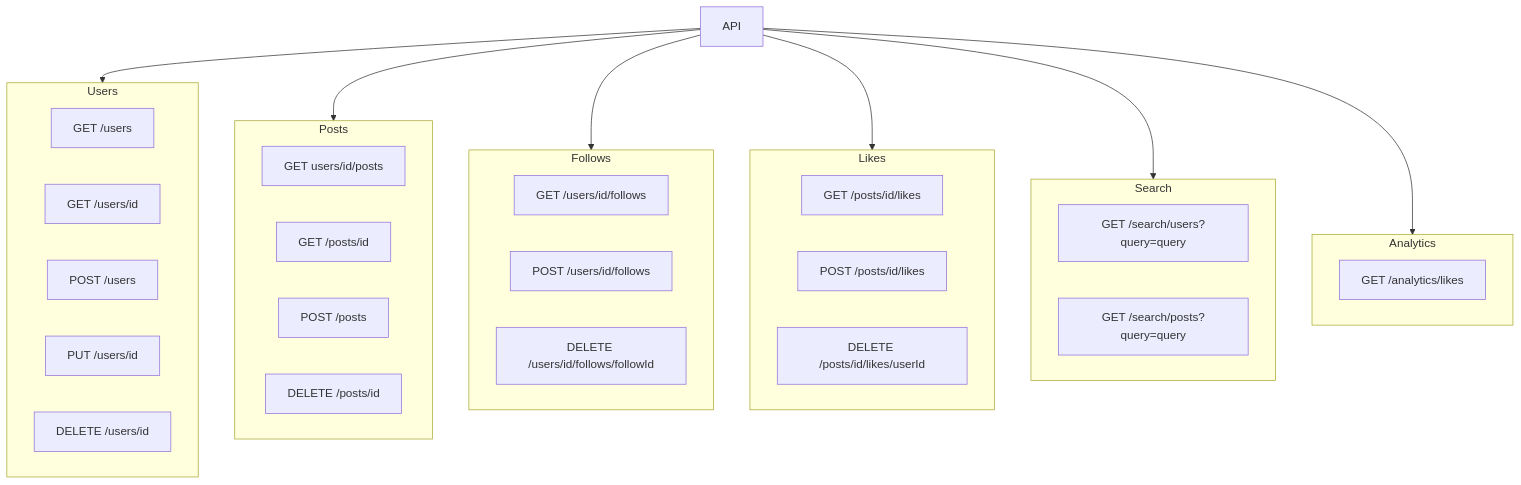
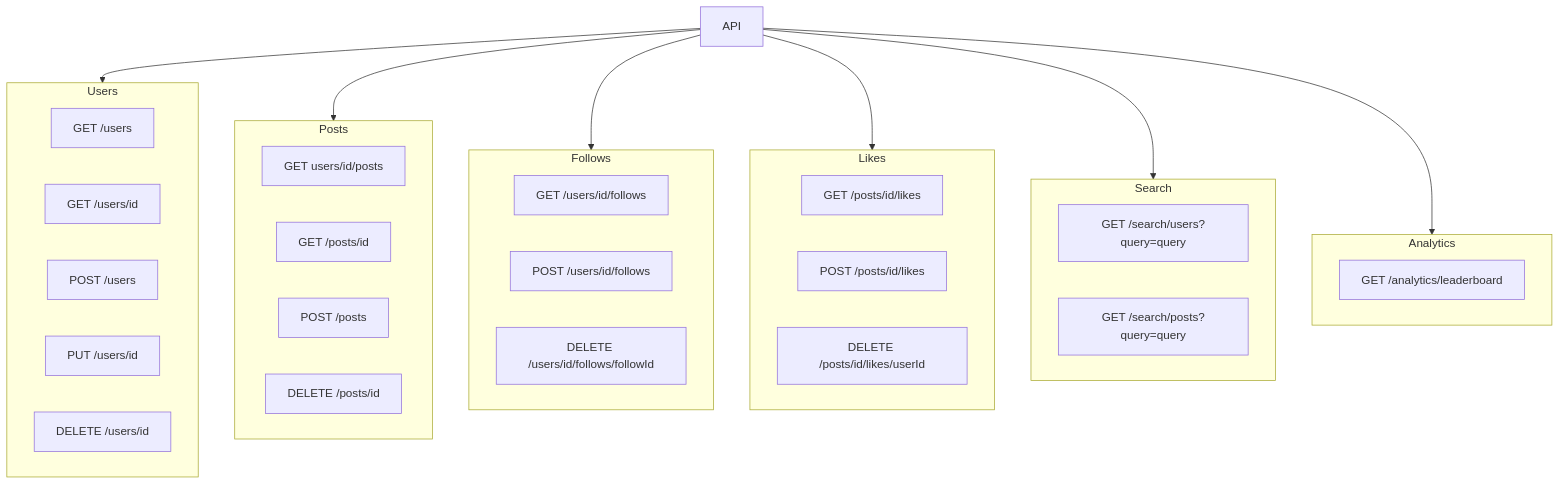
The diagram in docs/domain.md (NikiforovAll/social-media-app-aspire), drawn with Mermaid before and after one commit. The commit also changed other lines of this file and 8 other files, not shown here.

````diff
--- a/docs/domain.md
+++ b/docs/domain.md
@@ -44,53 +44,53 @@
 ```mermaid
 graph 
     API[API]
     Users[Users]
     Posts[Posts]
     Follows[Follows]
     Likes[Likes]
     Search[Search]
     Analytics[Analytics]
 
     API --> Users
     API --> Posts
     API --> Follows
     API --> Likes
     API --> Search
     API --> Analytics
 
     subgraph Users
     GET_users[GET /users]
     GET_users_id[GET /users/id]
     POST_users[POST /users]
     PUT_users_id[PUT /users/id]
     DELETE_users_id[DELETE /users/id]
     end
 
     subgraph Posts
     GET_posts[GET users/id/posts]
     GET_posts_id[GET /posts/id]
     POST_posts[POST /posts]
     DELETE_posts_id[DELETE /posts/id]
     end
 
     subgraph Follows
     GET_users_id_follows[GET /users/id/follows]
     POST_users_id_follows[POST /users/id/follows]
     DELETE_users_id_follows_followId[DELETE /users/id/follows/followId]
     end
 
     subgraph Likes
     GET_posts_id_likes[GET /posts/id/likes]
     POST_posts_id_likes[POST /posts/id/likes]
     DELETE_posts_id_likes_userId[DELETE /posts/id/likes/userId]
     end
 
     subgraph Search
     GET_search_users[GET /search/users?query=query]
     GET_search_posts[GET /search/posts?query=query]
     end
 
     subgraph Analytics
-    GET_analytics_users[GET /analytics/likes]
+    GET_analytics_users[GET /analytics/leaderboard]
     end
 ```
````
